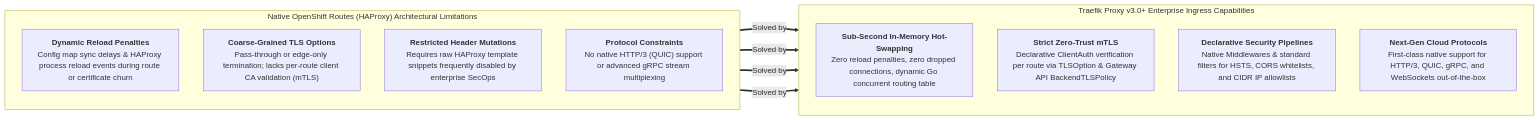
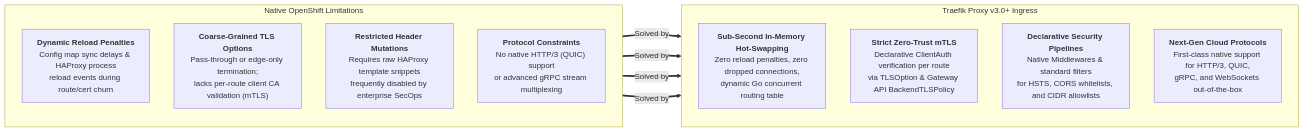
The second of 2 diagrams in COMPARATIVE_MATRIX.md (nubenetes/traefik-fqdn-management-poc-openshift-aws), drawn with Mermaid before and after one commit. The commit also changed other lines of this file and 1 other file, not shown here.

Commit message:
fix(mermaid): resolve subgraph title collision, edge overlapping, and node vertex clipping across all diagrams

````diff
--- a/COMPARATIVE_MATRIX.md
+++ b/COMPARATIVE_MATRIX.md
@@ -92,24 +96,23 @@
 ```mermaid
-%%{init: {"flowchart": {"wrappingWidth": 260}}}%%
 flowchart LR
-    subgraph OpenShift_Limits ["Native OpenShift Routes (HAProxy) Architectural Limitations"]
+    subgraph Limits ["Native OpenShift Limitations"]
         direction TB
-        L1["<b>Dynamic Reload Penalties</b><br/>Config map sync delays & HAProxy process reload events during route or certificate churn"]
-        L2["<b>Coarse-Grained TLS Options</b><br/>Pass-through or edge-only termination; lacks per-route client CA validation (mTLS)"]
-        L3["<b>Restricted Header Mutations</b><br/>Requires raw HAProxy template snippets frequently disabled by enterprise SecOps"]
-        L4["<b>Protocol Constraints</b><br/>No native HTTP/3 (QUIC) support or advanced gRPC stream multiplexing"]
+        L1["<b>Dynamic Reload Penalties</b><br/>Config map sync delays & HAProxy process<br/>reload events during route/cert churn"]
+        L2["<b>Coarse-Grained TLS Options</b><br/>Pass-through or edge-only termination;<br/>lacks per-route client CA validation (mTLS)"]
+        L3["<b>Restricted Header Mutations</b><br/>Requires raw HAProxy template snippets<br/>frequently disabled by enterprise SecOps"]
+        L4["<b>Protocol Constraints</b><br/>No native HTTP/3 (QUIC) support<br/>or advanced gRPC stream multiplexing"]
     end
 
-    subgraph Traefik_Solutions ["Traefik Proxy v3.0+ Enterprise Ingress Capabilities"]
+    subgraph Solutions ["Traefik Proxy v3.0+ Ingress"]
         direction TB
-        S1["<b>Sub-Second In-Memory Hot-Swapping</b><br/>Zero reload penalties, zero dropped connections, dynamic Go concurrent routing table"]
-        S2["<b>Strict Zero-Trust mTLS</b><br/>Declarative ClientAuth verification per route via TLSOption & Gateway API BackendTLSPolicy"]
-        S3["<b>Declarative Security Pipelines</b><br/>Native Middlewares & standard filters for HSTS, CORS whitelists, and CIDR IP allowlists"]
-        S4["<b>Next-Gen Cloud Protocols</b><br/>First-class native support for HTTP/3, QUIC, gRPC, and WebSockets out-of-the-box"]
+        S1["<b>Sub-Second In-Memory Hot-Swapping</b><br/>Zero reload penalties, zero dropped connections,<br/>dynamic Go concurrent routing table"]
+        S2["<b>Strict Zero-Trust mTLS</b><br/>Declarative ClientAuth verification per route<br/>via TLSOption & Gateway API BackendTLSPolicy"]
+        S3["<b>Declarative Security Pipelines</b><br/>Native Middlewares & standard filters<br/>for HSTS, CORS whitelists, and CIDR allowlists"]
+        S4["<b>Next-Gen Cloud Protocols</b><br/>First-class native support for HTTP/3, QUIC,<br/>gRPC, and WebSockets out-of-the-box"]
     end
 
     L1 ==>|"Solved by"| S1
     L2 ==>|"Solved by"| S2
     L3 ==>|"Solved by"| S3
     L4 ==>|"Solved by"| S4
 ```
````
